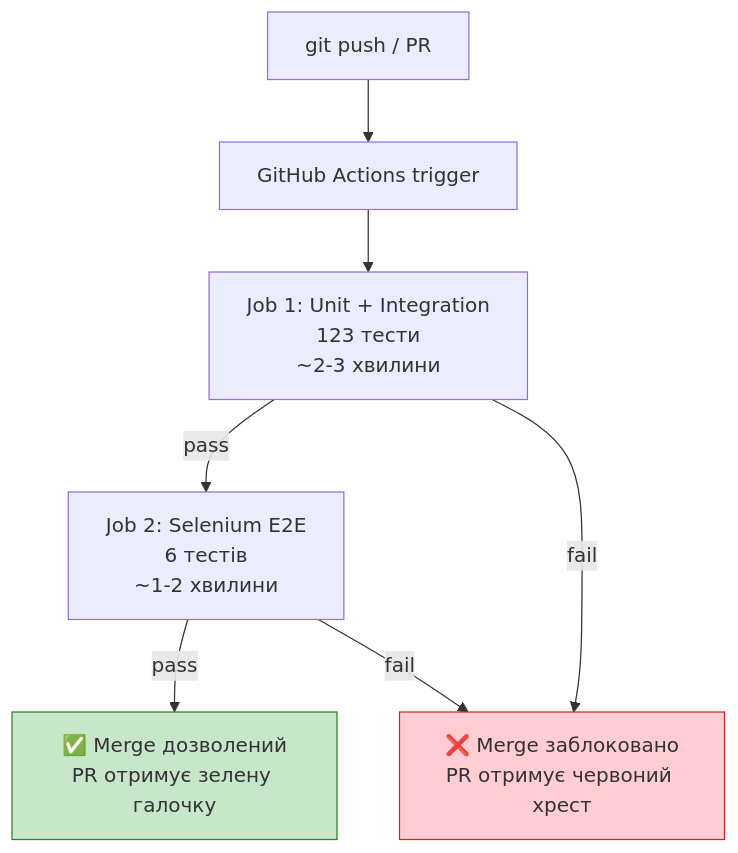
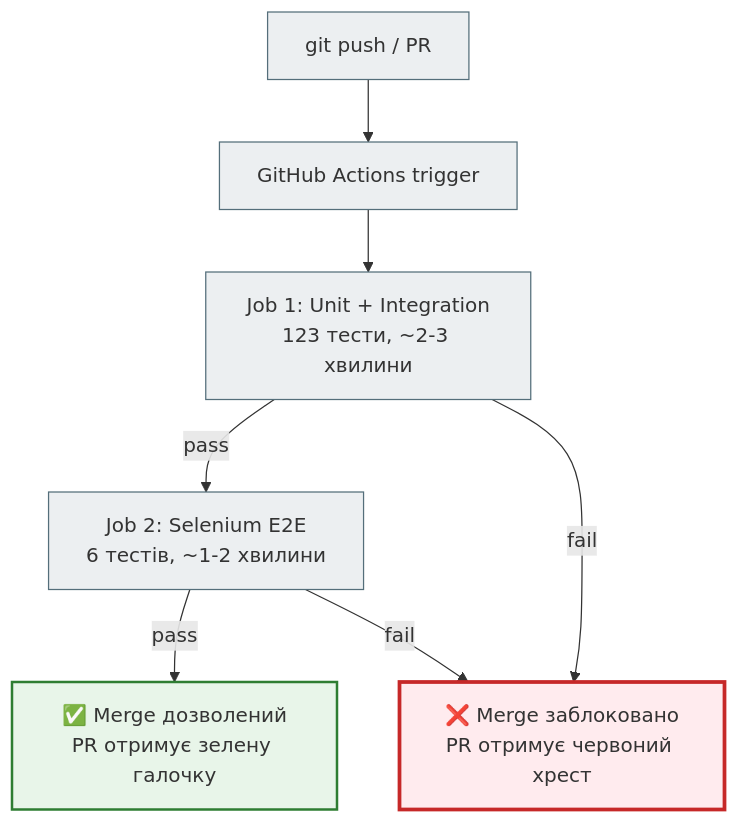
The third of 3 diagrams in docs/08_testing_and_quality/testing_practice_project_full.md (NikoriakViktot/notes_chat_app), drawn with Mermaid before and after one commit. The commit also changed other lines of this file and 441 other files, not shown here.

First line of the commit message:
Add English version of the book, Mermaid standard, docs fixes

````diff
--- a/docs/08_testing_and_quality/testing_practice_project_full.md
+++ b/docs/08_testing_and_quality/testing_practice_project_full.md
@@ -1197,12 +1204,16 @@
 ```mermaid
 flowchart TD
     A["git push / PR"] --> B["GitHub Actions trigger"]
-    B --> C["Job 1: Unit + Integration\n123 тести\n~2-3 хвилини"]
-    C -->|pass| D["Job 2: Selenium E2E\n6 тестів\n~1-2 хвилини"]
-    C -->|fail| E["❌ Merge заблоковано\nPR отримує червоний хрест"]
-    D -->|pass| F["✅ Merge дозволений\nPR отримує зелену галочку"]
+    B --> C["Job 1: Unit + Integration<br>123 тести, ~2-3 хвилини"]
+    C -->|pass| D["Job 2: Selenium E2E<br>6 тестів, ~1-2 хвилини"]
+    C -->|fail| E["❌ Merge заблоковано<br>PR отримує червоний хрест"]
+    D -->|pass| F["✅ Merge дозволений<br>PR отримує зелену галочку"]
     D -->|fail| E
 
-    style E fill:#ffcdd2,stroke:#c62828
-    style F fill:#c8e6c9,stroke:#2e7d32
+    classDef step     fill:#eceff1,stroke:#546e7a,stroke-width:1px;
+    classDef success  fill:#e8f5e9,stroke:#2e7d32,stroke-width:2px;
+    classDef error    fill:#ffebee,stroke:#c62828,stroke-width:3px;
+    class A,B,C,D step;
+    class E error;
+    class F success;
 ```
````
